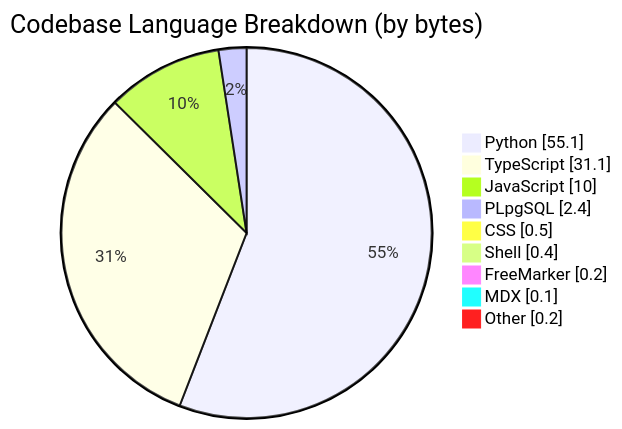
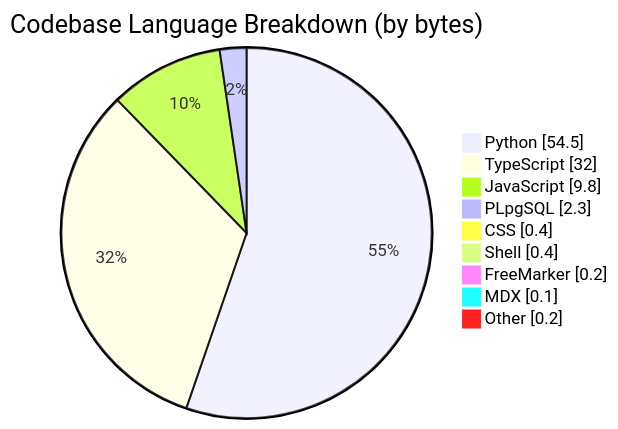
One commit to CSTH-Projects/.github changed the third of 4 diagrams in profile/README.md. Above: the diagram before and after it, drawn with Mermaid. The commit also changed other lines of this file, not shown here.

````diff
--- a/profile/README.md
+++ b/profile/README.md
@@ -63,13 +63,13 @@
 ```mermaid
 pie showData
     title Codebase Language Breakdown (by bytes)
-    "Python" : 55.1
-    "TypeScript" : 31.1
-    "JavaScript" : 10.0
-    "PLpgSQL" : 2.4
-    "CSS" : 0.5
+    "Python" : 54.5
+    "TypeScript" : 32.0
+    "JavaScript" : 9.8
+    "PLpgSQL" : 2.3
+    "CSS" : 0.4
     "Shell" : 0.4
     "FreeMarker" : 0.2
     "MDX" : 0.1
     "Other" : 0.2
 ```
````
